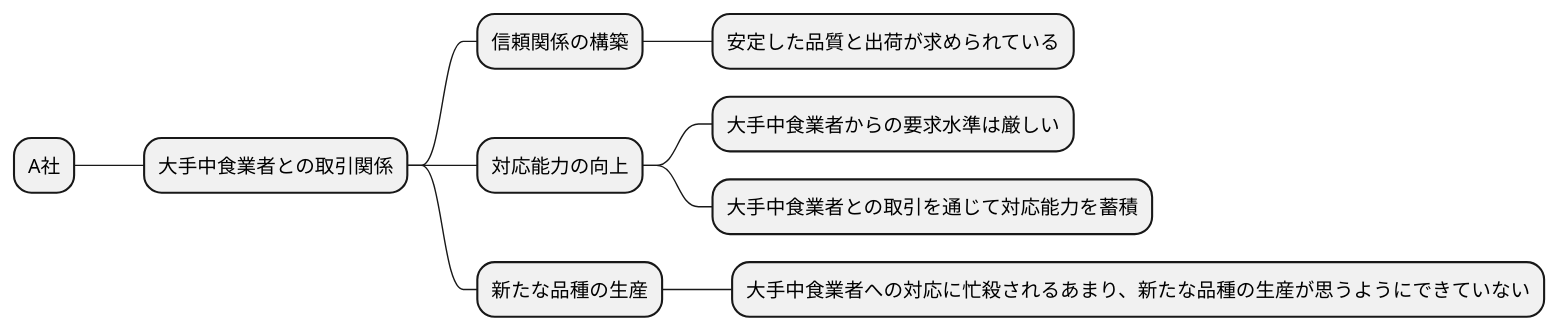
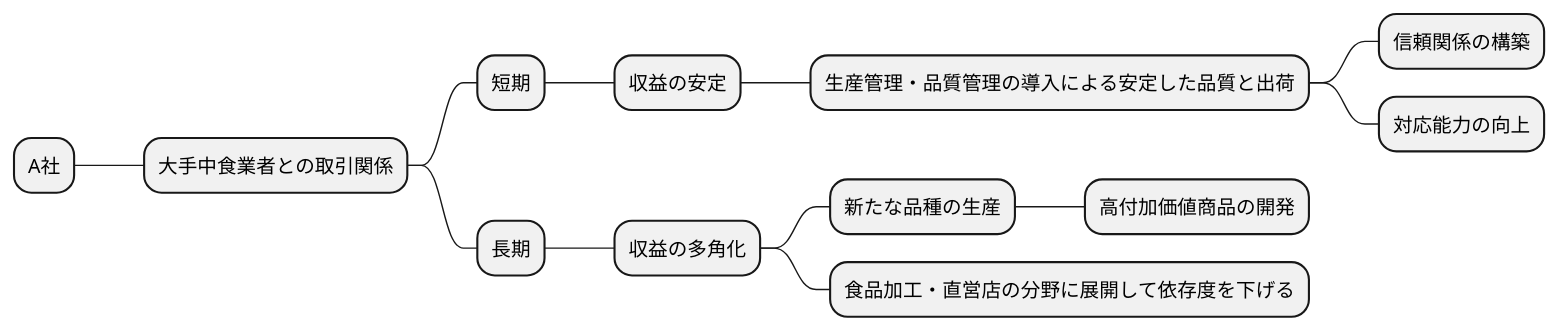
One commit to k2works/requirements_definition_excercise changed the third of 15 diagrams in docs/R04/study/take01.md. Above: the diagram before and after it, drawn with PlantUML. The commit also changed other lines of this file, not shown here.

````diff
--- a/docs/R04/study/take01.md
+++ b/docs/R04/study/take01.md
@@ -97,13 +112,16 @@
 ```plantuml
 @startmindmap
 * A社
 ** 大手中食業者との取引関係
-*** 信頼関係の構築
-**** 安定した品質と出荷が求められている
-*** 対応能力の向上
-**** 大手中食業者からの要求水準は厳しい
-**** 大手中食業者との取引を通じて対応能力を蓄積
-*** 新たな品種の生産
-**** 大手中食業者への対応に忙殺されるあまり、新たな品種の生産が思うようにできていない
+*** 短期
+**** 収益の安定
+***** 生産管理・品質管理の導入による安定した品質と出荷
+****** 信頼関係の構築
+****** 対応能力の向上
+*** 長期
+**** 収益の多角化
+***** 新たな品種の生産
+****** 高付加価値商品の開発
+***** 食品加工・直営店の分野に展開して依存度を下げる
 @endmindmap
 ```
````
